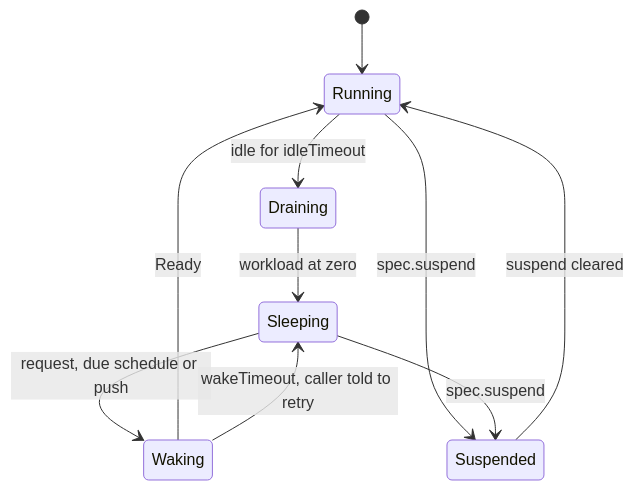
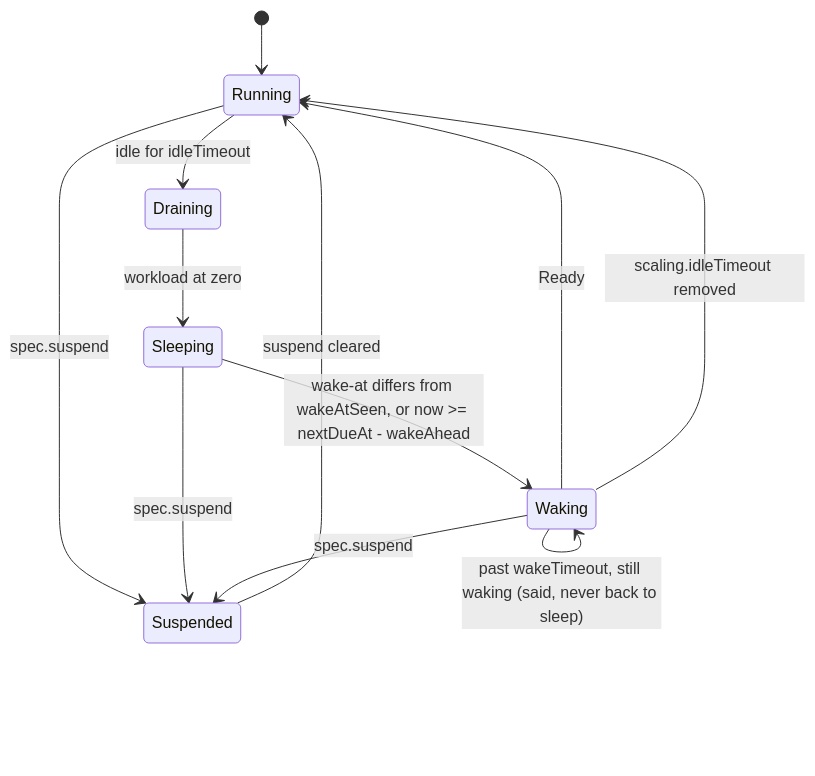
The third of 10 diagrams in docs/architecture/05-runtime.md (vymalo/another-agentic-platform), drawn with Mermaid before and after one commit. The commit also changed other lines of this file and 24 other files, not shown here.

First line of the commit message:
feat(controller): the operator wake path, sleep stored in status.sleep (ANR-1067, AD-058 P3a-1) (#138)

````diff
--- a/docs/architecture/05-runtime.md
+++ b/docs/architecture/05-runtime.md
@@ -235,12 +235,14 @@
 ```mermaid
 stateDiagram-v2
     [*] --> Running
     Running --> Draining: idle for idleTimeout
     Draining --> Sleeping: workload at zero
-    Sleeping --> Waking: request, due schedule or push
+    Sleeping --> Waking: wake-at differs from wakeAtSeen, or now >= nextDueAt - wakeAhead
     Waking --> Running: Ready
-    Waking --> Sleeping: wakeTimeout, caller told to retry
+    Waking --> Waking: past wakeTimeout, still waking (said, never back to sleep)
     Running --> Suspended: spec.suspend
     Sleeping --> Suspended: spec.suspend
+    Waking --> Suspended: spec.suspend
+    Waking --> Running: scaling.idleTimeout removed
     Suspended --> Running: suspend cleared
 ```
````
